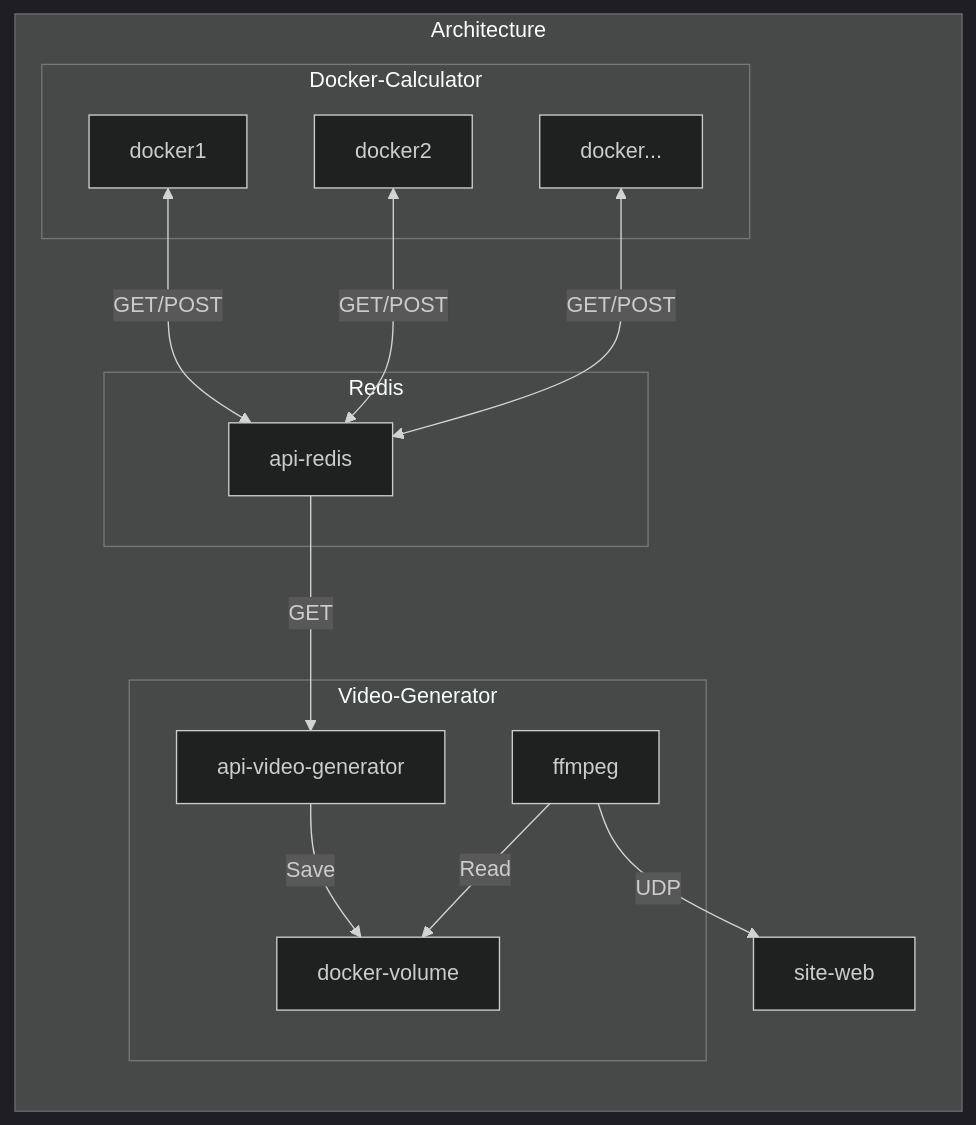
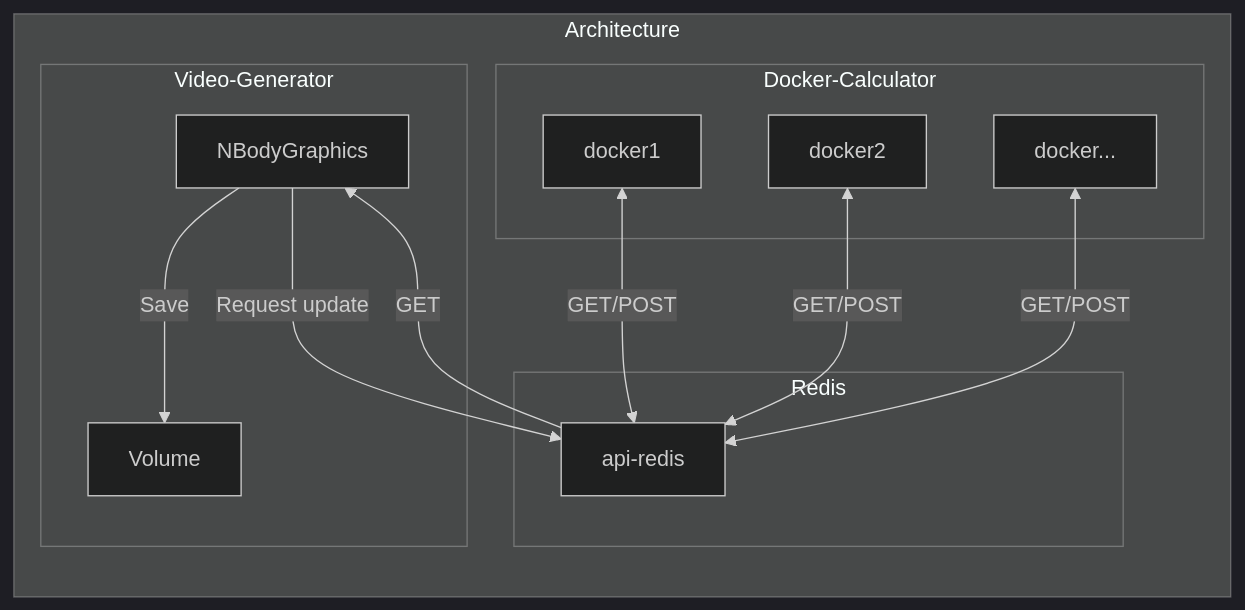
The first of 2 diagrams in README.md (Im-Rises/nbody-simulator-docker), drawn with Mermaid (dark theme) before and after one commit. The commit also changed other lines of this file and 1 other file, not shown here.

Commit message:
Added architecture

````diff
--- a/README.md
+++ b/README.md
@@ -40,19 +40,17 @@
 ```mermaid
 flowchart LR
     subgraph Architecture
-        subgraph Docker-Calculator
-        docker1 & docker2 & docker...
-        end
-        docker1 & docker2 & docker... <--> |GET/POST| api-redis
-        subgraph Redis
-        api-redis
-        end
-        api-redis --> |GET| api-video-generator
-        subgraph Video-Generator
-        docker-volume
-        api-video-generator --> |Save| docker-volume
-        ffmpeg --> |Read| docker-volume
-        end
-        ffmpeg --> |UDP| site-web
+    subgraph Docker-Calculator
+    docker1 & docker2 & docker...
     end
+    docker1 & docker2 & docker... <--> |GET/POST| api-redis
+    subgraph Redis
+    api-redis
+    end
+    api-redis --> |GET| NBodyGraphics
+    NBodyGraphics --> |Request update| api-redis
+    subgraph Video-Generator
+    NBodyGraphics --> |Save| Volume
+    end
+end
 ```
````
